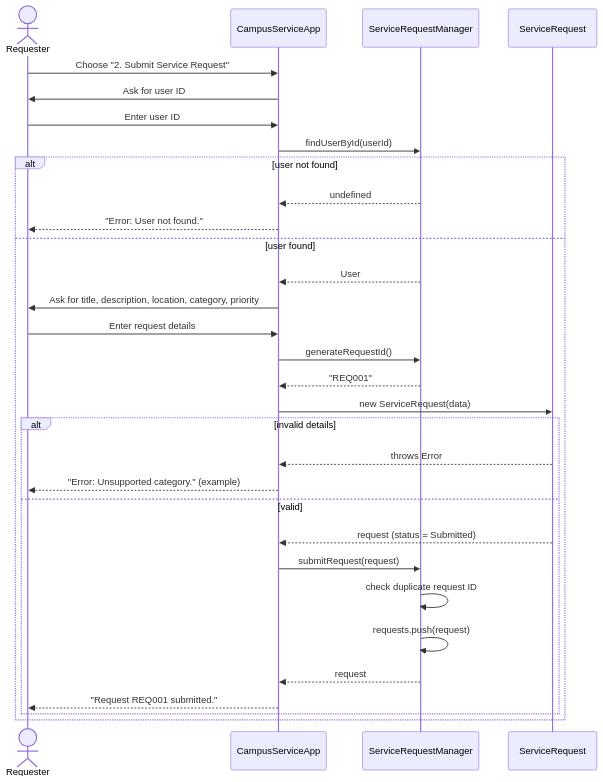
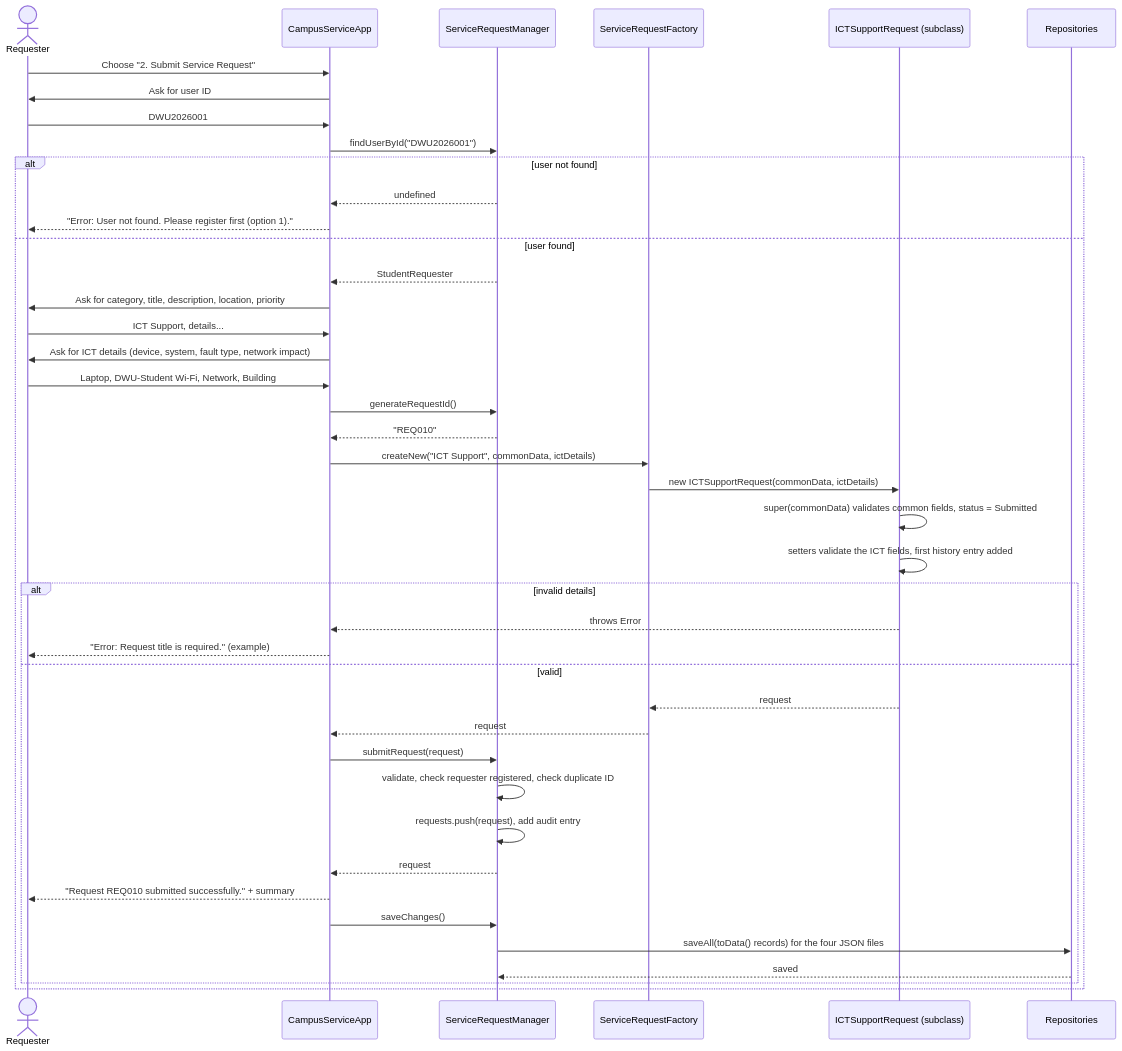
One commit to PhileKIRA/IS305-DWU220538 changed the diagram in AT3_CampusServiceRequestSystem/docs/uml/sequence-submit-request.mmd. Above: the diagram before and after it, drawn with Mermaid. The commit also changed 40 other files, not shown here.

Commit message:
Complete final documentation, UML, test report and screenshots

```diff
--- a/AT3_CampusServiceRequestSystem/docs/uml/sequence-submit-request.mmd
+++ b/AT3_CampusServiceRequestSystem/docs/uml/sequence-submit-request.mmd
@@ -1,31 +1,42 @@
 sequenceDiagram
     actor R as Requester
     participant App as CampusServiceApp
     participant M as ServiceRequestManager
-    participant SR as ServiceRequest
+    participant F as ServiceRequestFactory
+    participant SR as ICTSupportRequest (subclass)
+    participant Repo as Repositories
     R->>App: Choose "2. Submit Service Request"
     App->>R: Ask for user ID
-    R->>App: Enter user ID
-    App->>M: findUserById(userId)
+    R->>App: DWU2026001
+    App->>M: findUserById("DWU2026001")
     alt user not found
         M-->>App: undefined
-        App-->>R: "Error: User not found."
+        App-->>R: "Error: User not found. Please register first (option 1)."
     else user found
-        M-->>App: User
-        App->>R: Ask for title, description, location, category, priority
-        R->>App: Enter request details
+        M-->>App: StudentRequester
+        App->>R: Ask for category, title, description, location, priority
+        R->>App: ICT Support, details...
+        App->>R: Ask for ICT details (device, system, fault type, network impact)
+        R->>App: Laptop, DWU-Student Wi-Fi, Network, Building
         App->>M: generateRequestId()
-        M-->>App: "REQ001"
-        App->>SR: new ServiceRequest(data)
+        M-->>App: "REQ010"
+        App->>F: createNew("ICT Support", commonData, ictDetails)
+        F->>SR: new ICTSupportRequest(commonData, ictDetails)
+        SR->>SR: super(commonData) validates common fields, status = Submitted
+        SR->>SR: setters validate the ICT fields, first history entry added
         alt invalid details
             SR-->>App: throws Error
-            App-->>R: "Error: Unsupported category." (example)
+            App-->>R: "Error: Request title is required." (example)
         else valid
-            SR-->>App: request (status = Submitted)
+            SR-->>F: request
+            F-->>App: request
             App->>M: submitRequest(request)
-            M->>M: check duplicate request ID
-            M->>M: requests.push(request)
+            M->>M: validate, check requester registered, check duplicate ID
+            M->>M: requests.push(request), add audit entry
             M-->>App: request
-            App-->>R: "Request REQ001 submitted."
+            App-->>R: "Request REQ010 submitted successfully." + summary
+            App->>M: saveChanges()
+            M->>Repo: saveAll(toData() records) for the four JSON files
+            Repo-->>M: saved
         end
     end
```
